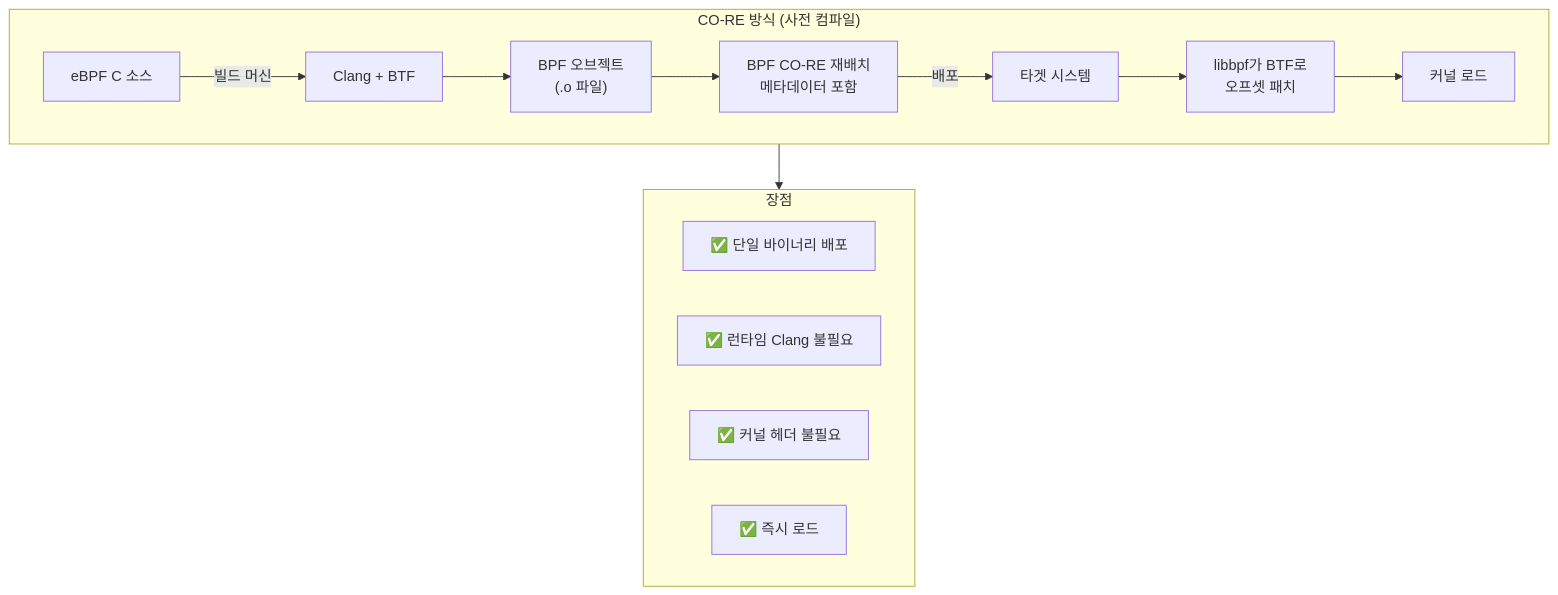
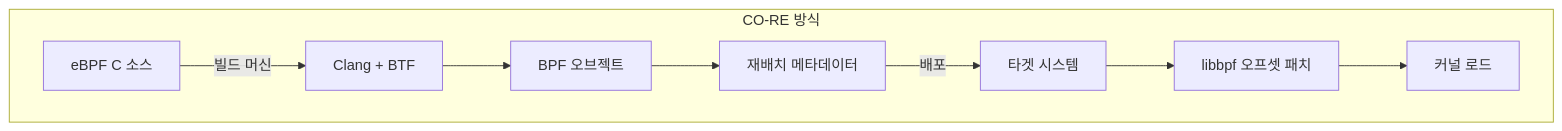
The second of 5 diagrams in content/linux/performance/bpf-co-re.md (moonblueblue/devops-wiki), drawn with Mermaid before and after one commit. The commit also changed other lines of this file and 12 other files, not shown here.

First line of the commit message:
style: linux 섹션 전체 ASCII art 제거 및 Mermaid 규칙 적용

````diff
--- a/content/linux/performance/bpf-co-re.md
+++ b/content/linux/performance/bpf-co-re.md
@@ -56,20 +56,11 @@
 ```mermaid
 flowchart TD
-    subgraph CORE["CO-RE 방식 (사전 컴파일)"]
+    subgraph CORE["CO-RE 방식"]
         A[eBPF C 소스] -->|빌드 머신| B[Clang + BTF]
-        B --> C["BPF 오브젝트\n(.o 파일)"]
-        C --> D["BPF CO-RE 재배치\n메타데이터 포함"]
+        B --> C[BPF 오브젝트]
+        C --> D[재배치 메타데이터]
         D -->|배포| E[타겟 시스템]
-        E --> F["libbpf가 BTF로\n오프셋 패치"]
+        E --> F[libbpf 오프셋 패치]
         F --> G[커널 로드]
     end
-
-    subgraph Benefits["장점"]
-        B1["✅ 단일 바이너리 배포"]
-        B2["✅ 런타임 Clang 불필요"]
-        B3["✅ 커널 헤더 불필요"]
-        B4["✅ 즉시 로드"]
-    end
-
-    CORE --> Benefits
 ```
````
